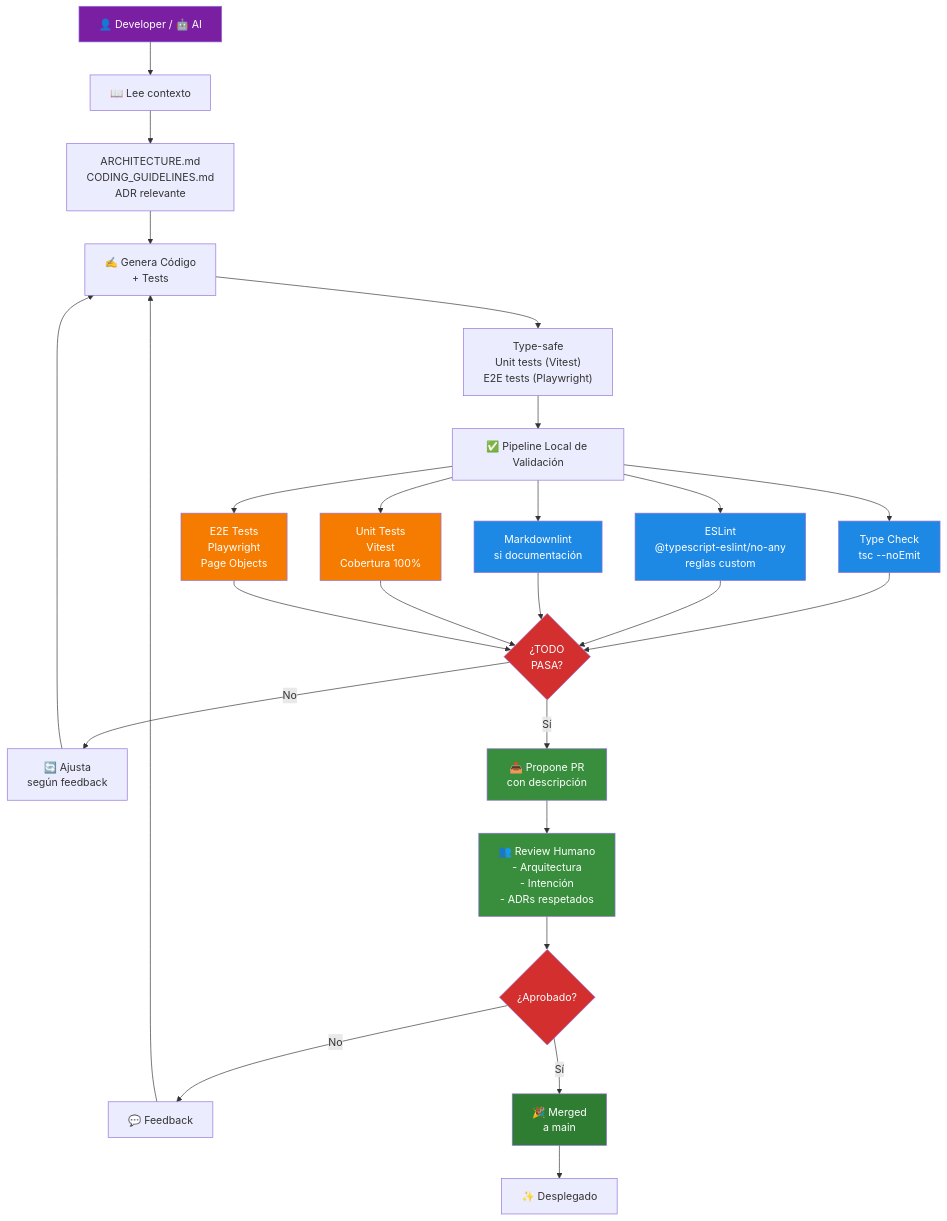
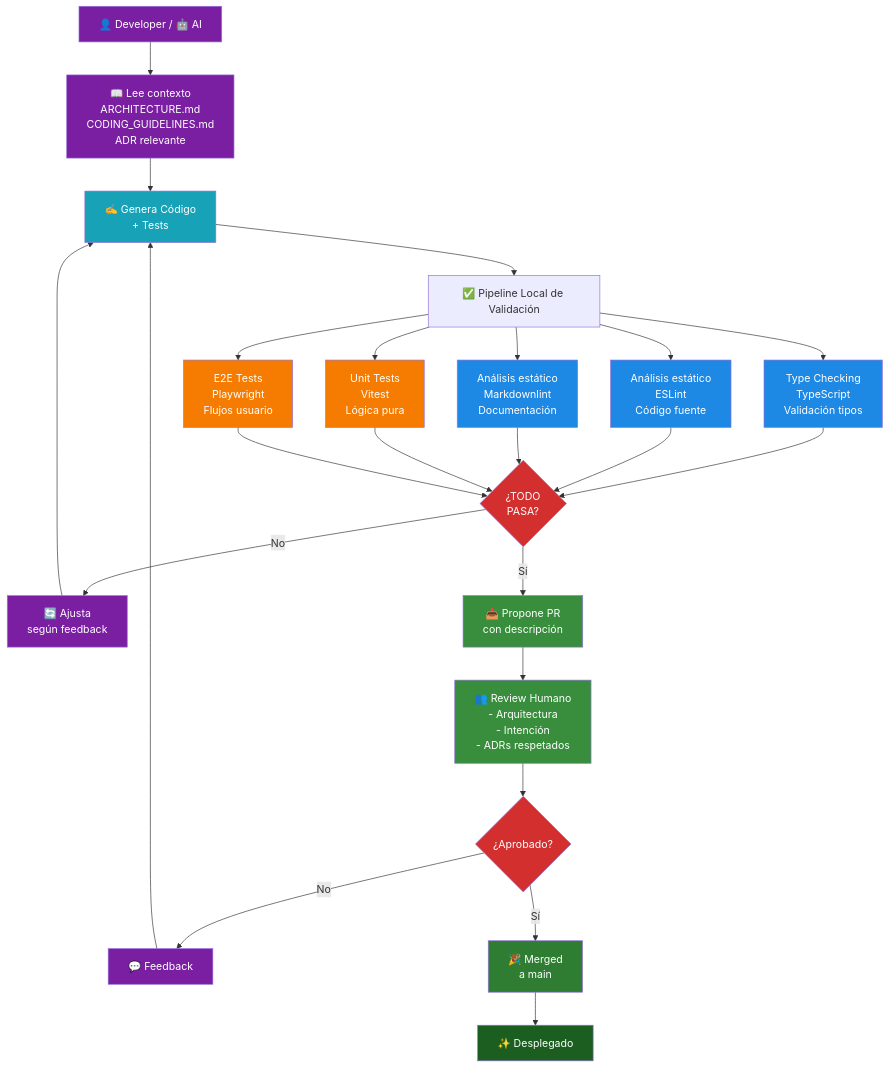
The diagram in docs/architecture/DEVELOPMENT_WORKFLOW.md (secorto/secorto_web), drawn with Mermaid before and after one commit. The commit also changed other lines of this file and 2 other files, not shown here.

Commit message:
Correcciones en pr

````diff
--- a/docs/architecture/DEVELOPMENT_WORKFLOW.md
+++ b/docs/architecture/DEVELOPMENT_WORKFLOW.md
@@ -13,49 +13,52 @@
 ```mermaid
 graph TD
     Start["👤 Developer / 🤖 AI"]
     
-    Start --> Read["📖 Lee contexto"]
-    Read --> Reads1["ARCHITECTURE.md<br/>CODING_GUIDELINES.md<br/>ADR relevante"]
+    Start --> Reads["📖 Lee contexto<br/>ARCHITECTURE.md<br/>CODING_GUIDELINES.md<br/>ADR relevante"]
     
-    Reads1 --> Generate["✍️ Genera Código<br/>+ Tests"]
-    Generate --> Gen1["Type-safe<br/>Unit tests (Vitest)<br/>E2E tests (Playwright)"]
+    Reads --> Generate["✍️ Genera Código<br/>+ Tests"]
     
-    Gen1 --> Validate["✅ Pipeline Local de Validación"]
+    Generate --> Validate["✅ Pipeline Local de Validación"]
     
-    Validate --> TypeCheck["Type Check<br/>tsc --noEmit"]
-    Validate --> ESLint["ESLint<br/>@typescript-eslint/no-any<br/>reglas custom"]
-    Validate --> Markdown["Markdownlint<br/>si documentación"]
-    Validate --> Unit["Unit Tests<br/>Vitest<br/>Cobertura 100%"]
-    Validate --> E2E["E2E Tests<br/>Playwright<br/>Page Objects"]
+    Validate --> TypeCheck["Type Checking<br/>TypeScript<br/>Validación tipos"]
+    Validate --> ESLint["Análisis estático<br/>ESLint<br/>Código fuente"]
+    Validate --> Markdown["Análisis estático<br/>Markdownlint<br/>Documentación"]
+    Validate --> Unit["Unit Tests<br/>Vitest<br/>Lógica pura"]
+    Validate --> E2E["E2E Tests<br/>Playwright<br/>Flujos usuario"]
     
     TypeCheck --> Results{"¿TODO<br/>PASA?"}
     ESLint --> Results
     Markdown --> Results
     Unit --> Results
     E2E --> Results
     
     Results -->|No| Fix["🔄 Ajusta<br/>según feedback"]
     Fix --> Generate
     
     Results -->|Sí| PR["📤 Propone PR<br/>con descripción"]
     PR --> Review["👥 Review Humano<br/>- Arquitectura<br/>- Intención<br/>- ADRs respetados"]
     
     Review --> Approved{"¿Aprobado?"}
     Approved -->|No| Feedback["💬 Feedback"]
     Feedback --> Generate
     
     Approved -->|Sí| Merge["🎉 Merged<br/>a main"]
     Merge --> End["✨ Desplegado"]
     
+    style Start fill:#7b1fa2,color:#fff
+    style Reads fill:#7b1fa2,color:#fff
+    style Generate fill:#17A2B8,color:#fff
+    style Fix fill:#7b1fa2,color:#fff
+    style Feedback fill:#7b1fa2,color:#fff
     style TypeCheck fill:#1e88e5,color:#fff
     style ESLint fill:#1e88e5,color:#fff
     style Markdown fill:#1e88e5,color:#fff
     style Unit fill:#f57c00,color:#fff
     style E2E fill:#f57c00,color:#fff
-    style Start fill:#7b1fa2,color:#fff
     style PR fill:#388e3c,color:#fff
     style Review fill:#388e3c,color:#fff
     style Merge fill:#2e7d32,color:#fff
+    style End fill:#1b5e20,color:#fff
     style Results fill:#d32f2f,color:#fff
     style Approved fill:#d32f2f,color:#fff
 ```
````
